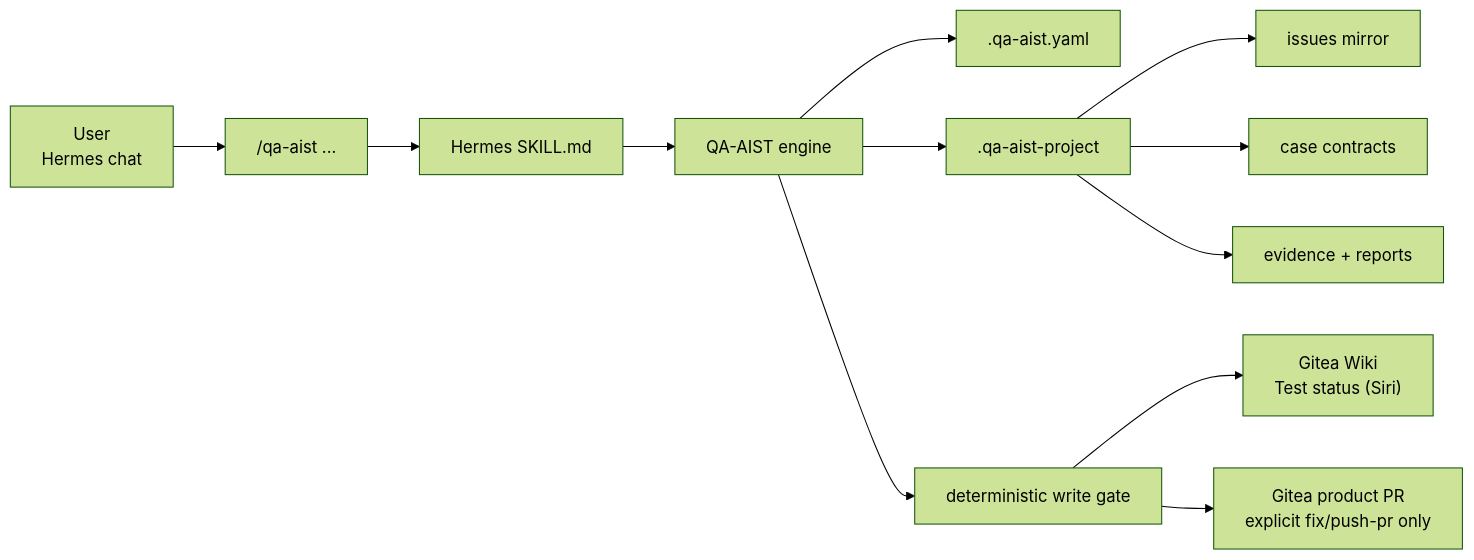
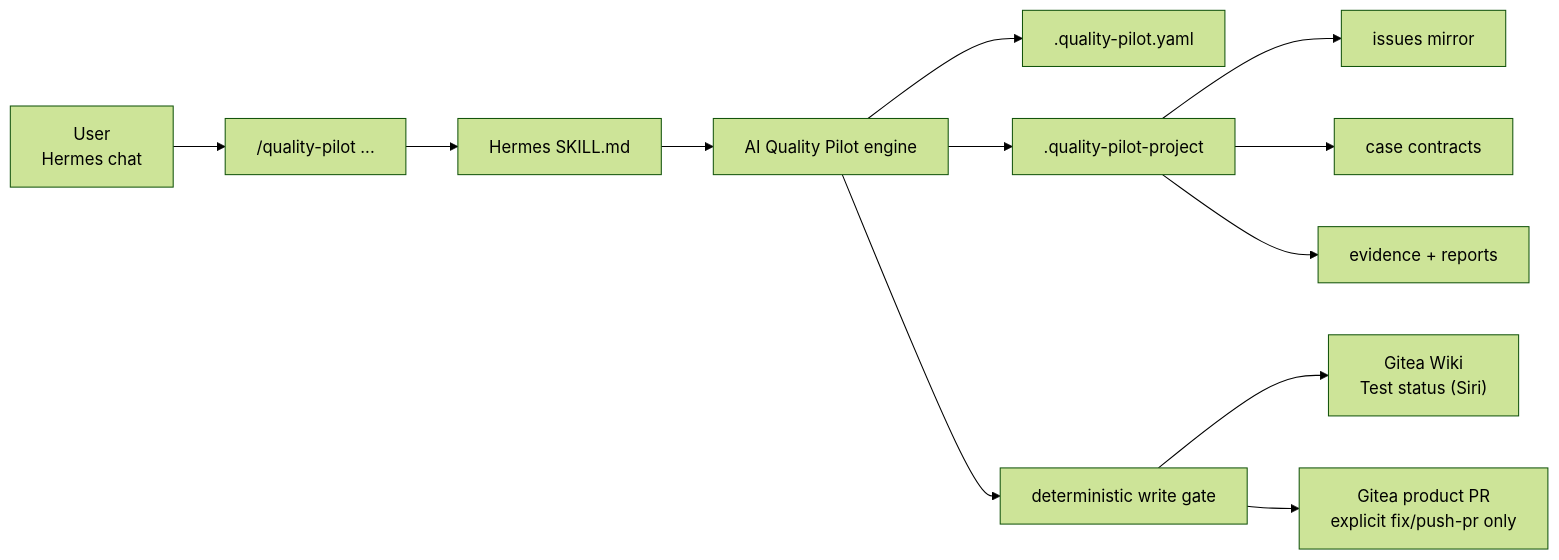
The first of 2 diagrams in README.md (siriChiu/quality-assurance-AI-system-testing), drawn with Mermaid (forest theme) before and after one commit. The commit also changed other lines of this file and 48 other files, not shown here.

First line of the commit message:
Refactor test files to use quality-pilot module

````diff
--- a/README.md
+++ b/README.md
@@ -20,14 +24,14 @@
 ```mermaid
 flowchart LR
-  U["User<br/>Hermes chat"] --> H["/qa-aist ..."]
+  U["User<br/>Hermes chat"] --> H["/quality-pilot ..."]
   H --> S["Hermes SKILL.md"]
-  S --> E["QA-AIST engine"]
-  E --> C[".qa-aist.yaml"]
-  E --> W[".qa-aist-project"]
+  S --> E["AI Quality Pilot engine"]
+  E --> C[".quality-pilot.yaml"]
+  E --> W[".quality-pilot-project"]
   W --> I["issues mirror"]
   W --> T["case contracts"]
   W --> V["evidence + reports"]
   E --> G["deterministic write gate"]
   G --> Wiki["Gitea Wiki<br/>Test status (Siri)"]
   G --> PR["Gitea product PR<br/>explicit fix/push-pr only"]
 ```
````
